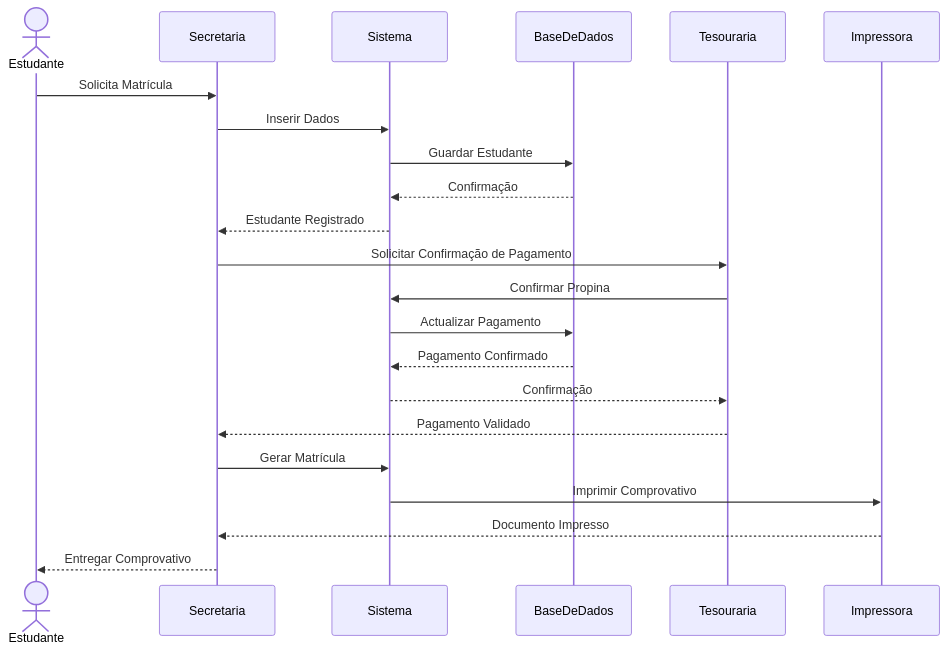
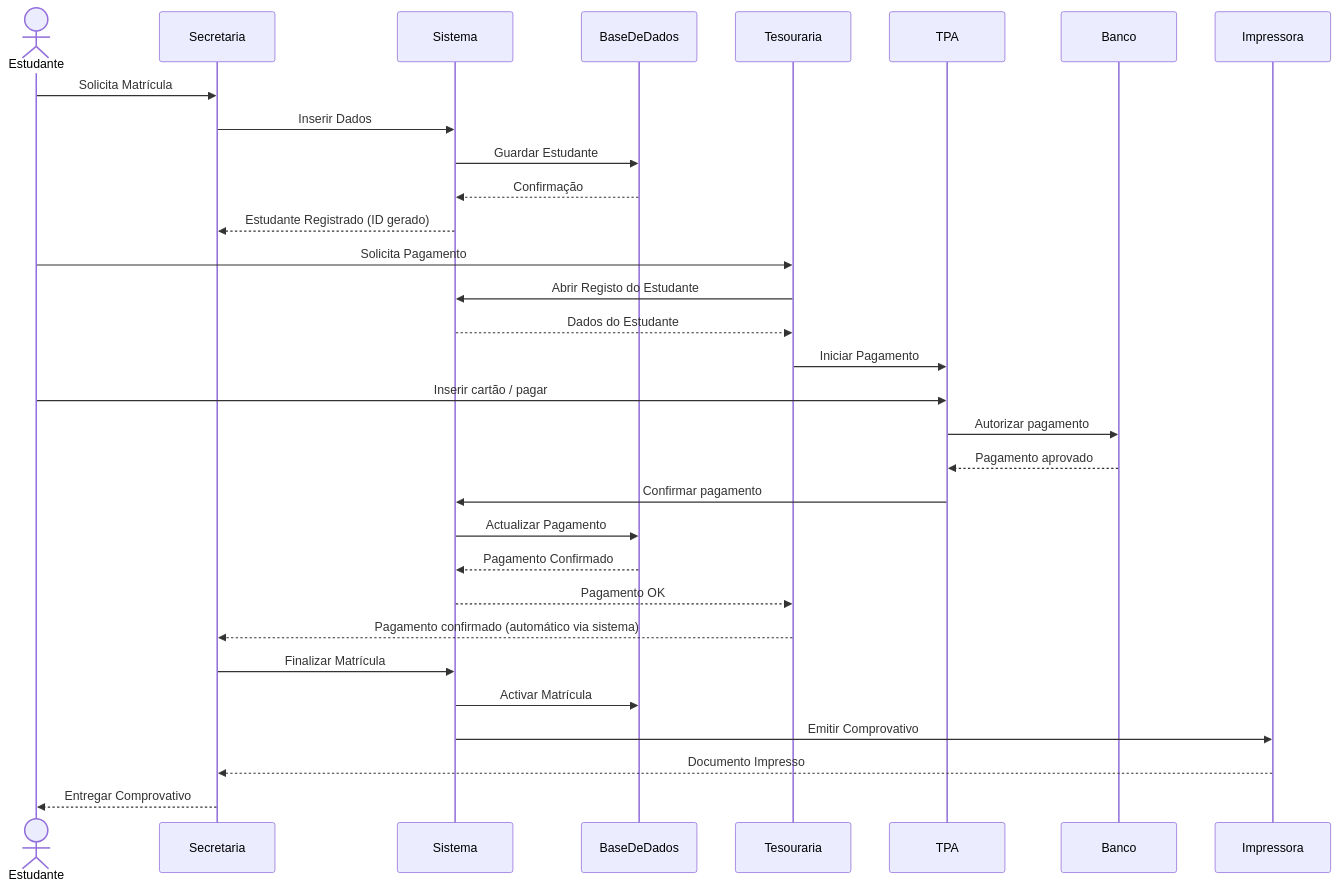
Before and after one commit to MarchelQuiala/sistema-secretaria-escolar: the third of 4 diagrams in README.md, drawn with Mermaid.

Commit message:
Add TPA and Banco participants to the process

````diff
--- a/README.md
+++ b/README.md
@@ -164,40 +164,46 @@
 ```mermaid
 sequenceDiagram
 
 actor Estudante
 participant Secretaria
 participant Sistema
 participant BaseDeDados
 participant Tesouraria
+participant TPA
+participant Banco
 participant Impressora
 
+%% 1. Registo do estudante
 Estudante->>Secretaria: Solicita Matrícula
+Secretaria->>Sistema: Inserir Dados
+Sistema->>BaseDeDados: Guardar Estudante
+BaseDeDados-->>Sistema: Confirmação
+Sistema-->>Secretaria: Estudante Registrado (ID gerado)
 
-Secretaria->>Sistema: Inserir Dados
+%% 2. Pagamento via TPA
+Estudante->>Tesouraria: Solicita Pagamento
+Tesouraria->>Sistema: Abrir Registo do Estudante
+Sistema-->>Tesouraria: Dados do Estudante
 
-Sistema->>BaseDeDados: Guardar Estudante
+Tesouraria->>TPA: Iniciar Pagamento
+Estudante->>TPA: Inserir cartão / pagar
+TPA->>Banco: Autorizar pagamento
+Banco-->>TPA: Pagamento aprovado
 
-BaseDeDados-->>Sistema: Confirmação
-
-Sistema-->>Secretaria: Estudante Registrado
-
-Secretaria->>Tesouraria: Solicitar Confirmação de Pagamento
-
-Tesouraria->>Sistema: Confirmar Propina
-
+TPA->>Sistema: Confirmar pagamento
 Sistema->>BaseDeDados: Actualizar Pagamento
-
 BaseDeDados-->>Sistema: Pagamento Confirmado
 
-Sistema-->>Tesouraria: Confirmação
+Sistema-->>Tesouraria: Pagamento OK
 
-Tesouraria-->>Secretaria: Pagamento Validado
+%% 3. Finalização da matrícula
+Tesouraria-->>Secretaria: Pagamento confirmado (automático via sistema)
 
-Secretaria->>Sistema: Gerar Matrícula
+Secretaria->>Sistema: Finalizar Matrícula
+Sistema->>BaseDeDados: Activar Matrícula
 
-Sistema->>Impressora: Imprimir Comprovativo
-
+Sistema->>Impressora: Emitir Comprovativo
 Impressora-->>Secretaria: Documento Impresso
 
 Secretaria-->>Estudante: Entregar Comprovativo
 ```
````
